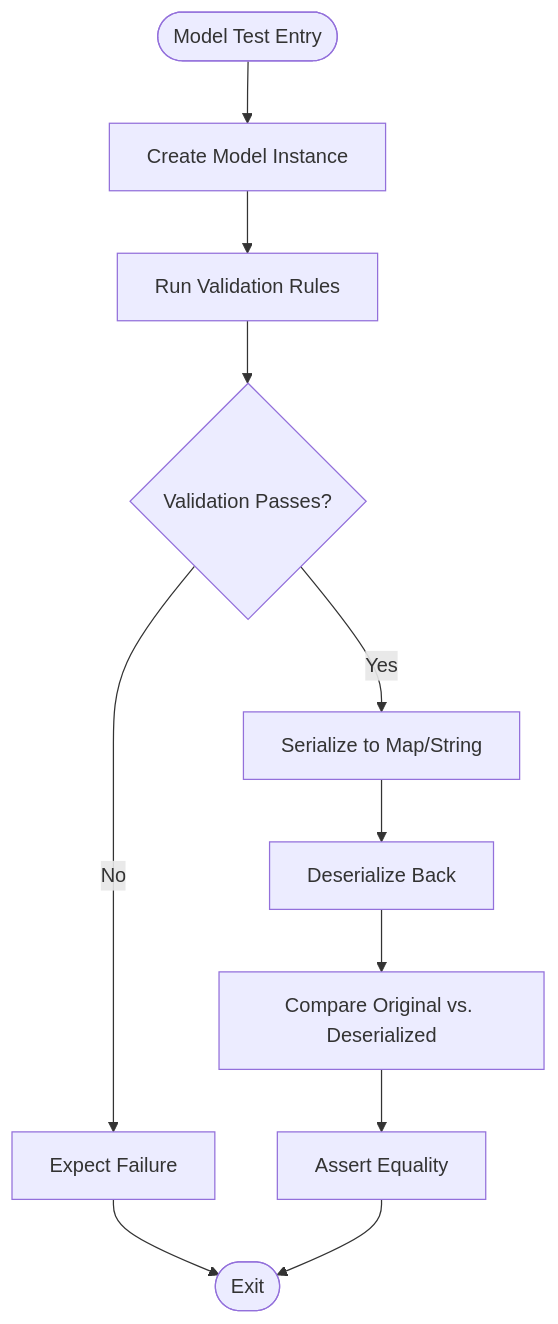
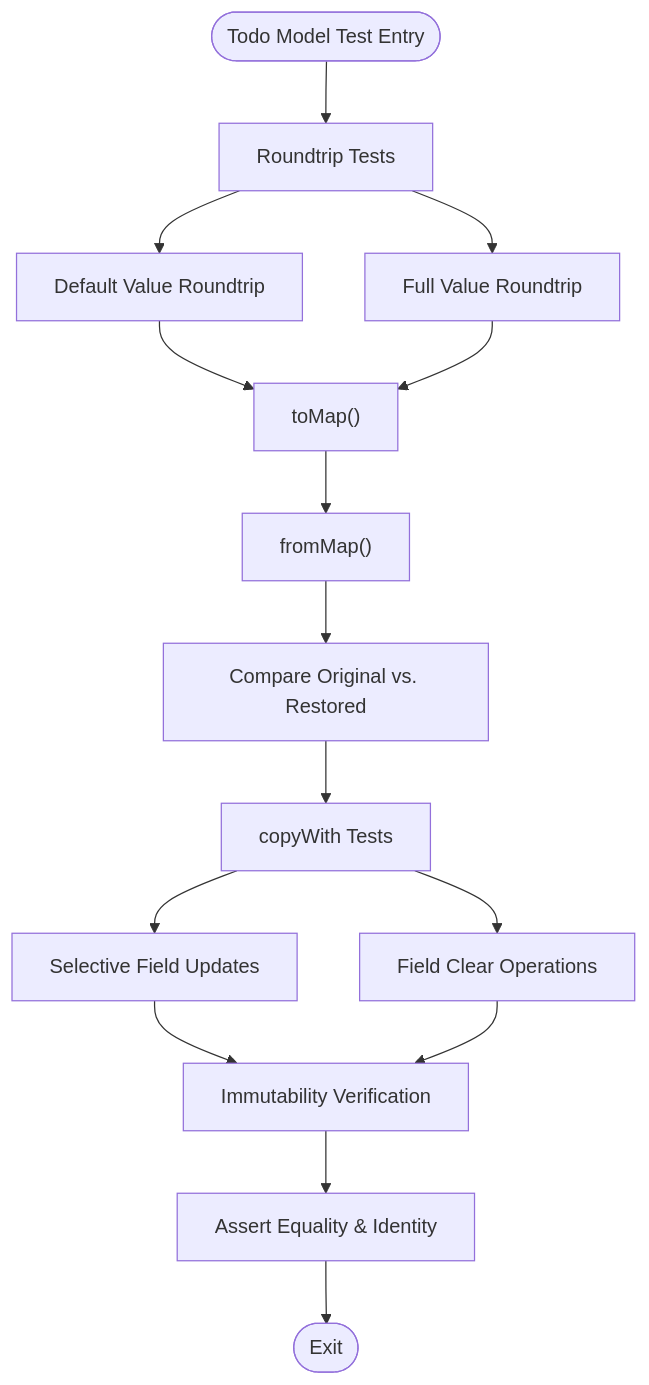
The fourth of 8 diagrams in .qoder/repowiki/en/content/Testing Strategy.md (favoroo/QNote), drawn with Mermaid before and after one commit. The commit also changed other lines of this file and 68 other files, not shown here.

````diff
--- a/.qoder/repowiki/en/content/Testing Strategy.md
+++ b/.qoder/repowiki/en/content/Testing Strategy.md
@@ -192,13 +223,17 @@
 ```mermaid
 flowchart TD
-Start(["Model Test Entry"]) --> Create["Create Model Instance"]
-Create --> Validate["Run Validation Rules"]
-Validate --> Valid{"Validation Passes?"}
-Valid --> |No| ExpectFail["Expect Failure"]
-Valid --> |Yes| Serialize["Serialize to Map/String"]
-Serialize --> Deserialize["Deserialize Back"]
-Deserialize --> Compare["Compare Original vs. Deserialized"]
-Compare --> AssertEq["Assert Equality"]
-ExpectFail --> End(["Exit"])
-AssertEq --> End
+Start(["Todo Model Test Entry"]) --> RoundTrip["Roundtrip Tests"]
+RoundTrip --> DefaultVals["Default Value Roundtrip"]
+RoundTrip --> FullVals["Full Value Roundtrip"]
+DefaultVals --> Serialize["toMap()"]
+FullVals --> Serialize
+Serialize --> Deserialize["fromMap()"]
+Deserialize --> Compare["Compare Original vs. Restored"]
+Compare --> CopyWith["copyWith Tests"]
+CopyWith --> FieldUpdates["Selective Field Updates"]
+CopyWith --> FieldClear["Field Clear Operations"]
+FieldUpdates --> Immutability["Immutability Verification"]
+FieldClear --> Immutability
+Immutability --> AssertEq["Assert Equality & Identity"]
+AssertEq --> End(["Exit"])
 ```
````
